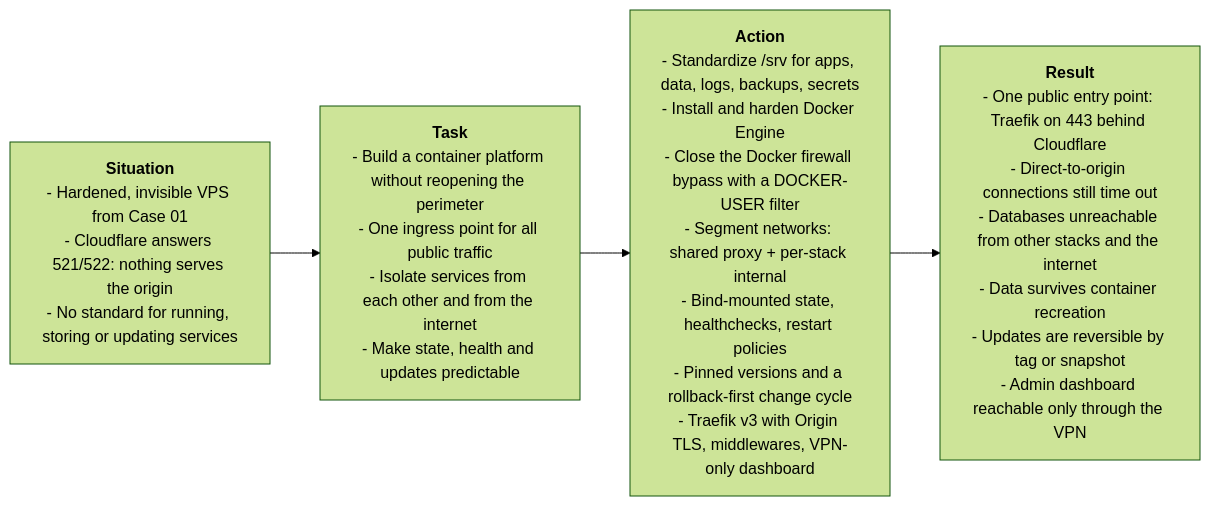
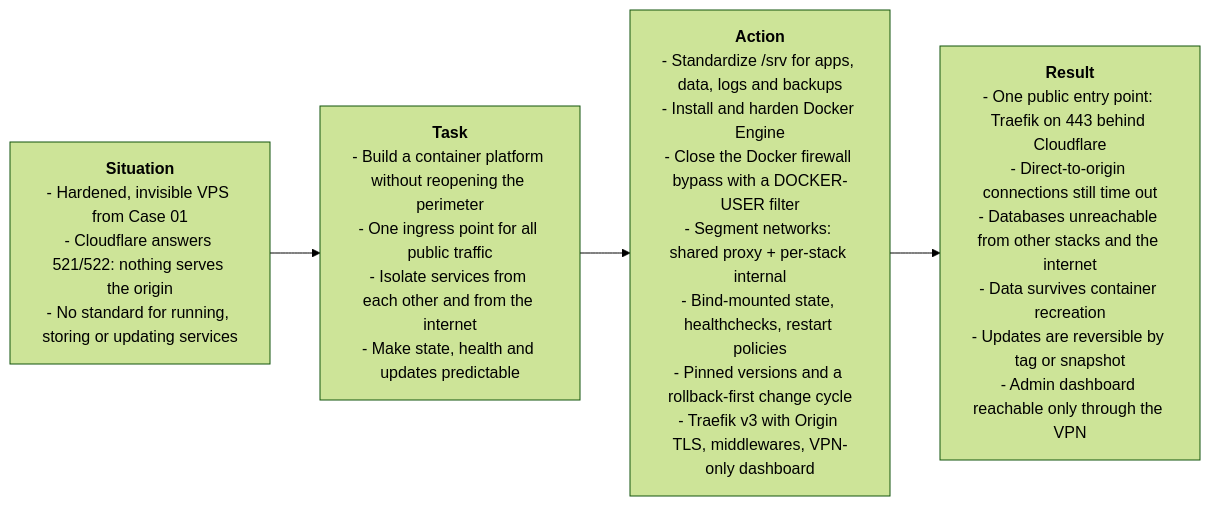
Before and after one commit to gabzaf/zero-trust-vps-platform: the diagram in cases/case-02-container-platform-and-traefik-ingress/00-overview.md, drawn with Mermaid (forest theme). The commit also changed other lines of this file and 3 other files, not shown here.

````diff
--- a/cases/case-02-container-platform-and-traefik-ingress/00-overview.md
+++ b/cases/case-02-container-platform-and-traefik-ingress/00-overview.md
@@ -15,9 +15,9 @@
 ```mermaid
 flowchart LR
     S["<b>Situation</b><br/>- Hardened, invisible VPS from Case 01<br/>- Cloudflare answers 521/522: nothing serves the origin<br/>- No standard for running, storing or updating services"]
     T["<b>Task</b><br/>- Build a container platform without reopening the perimeter<br/>- One ingress point for all public traffic<br/>- Isolate services from each other and from the internet<br/>- Make state, health and updates predictable"]
-    A["<b>Action</b><br/>- Standardize /srv for apps, data, logs, backups, secrets<br/>- Install and harden Docker Engine<br/>- Close the Docker firewall bypass with a DOCKER-USER filter<br/>- Segment networks: shared proxy + per-stack internal<br/>- Bind-mounted state, healthchecks, restart policies<br/>- Pinned versions and a rollback-first change cycle<br/>- Traefik v3 with Origin TLS, middlewares, VPN-only dashboard"]
+    A["<b>Action</b><br/>- Standardize /srv for apps, data, logs and backups<br/>- Install and harden Docker Engine<br/>- Close the Docker firewall bypass with a DOCKER-USER filter<br/>- Segment networks: shared proxy + per-stack internal<br/>- Bind-mounted state, healthchecks, restart policies<br/>- Pinned versions and a rollback-first change cycle<br/>- Traefik v3 with Origin TLS, middlewares, VPN-only dashboard"]
     R["<b>Result</b><br/>- One public entry point: Traefik on 443 behind Cloudflare<br/>- Direct-to-origin connections still time out<br/>- Databases unreachable from other stacks and the internet<br/>- Data survives container recreation<br/>- Updates are reversible by tag or snapshot<br/>- Admin dashboard reachable only through the VPN"]
 
     S --> T --> A --> R
 ```
````
